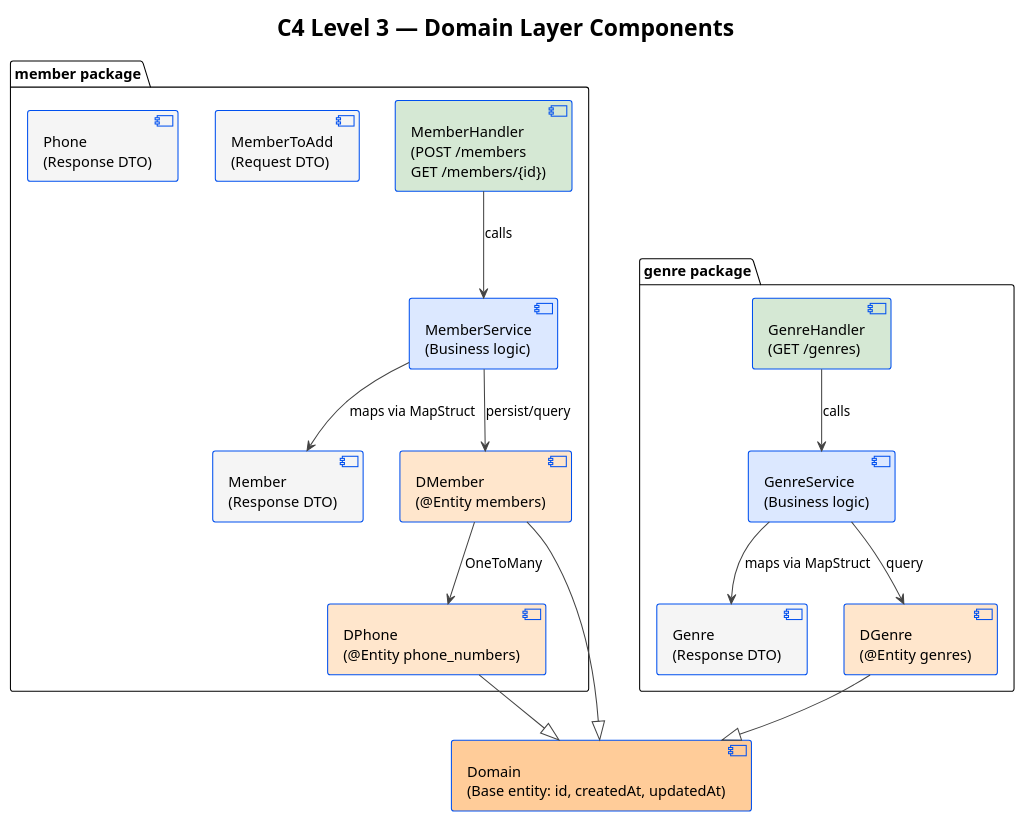
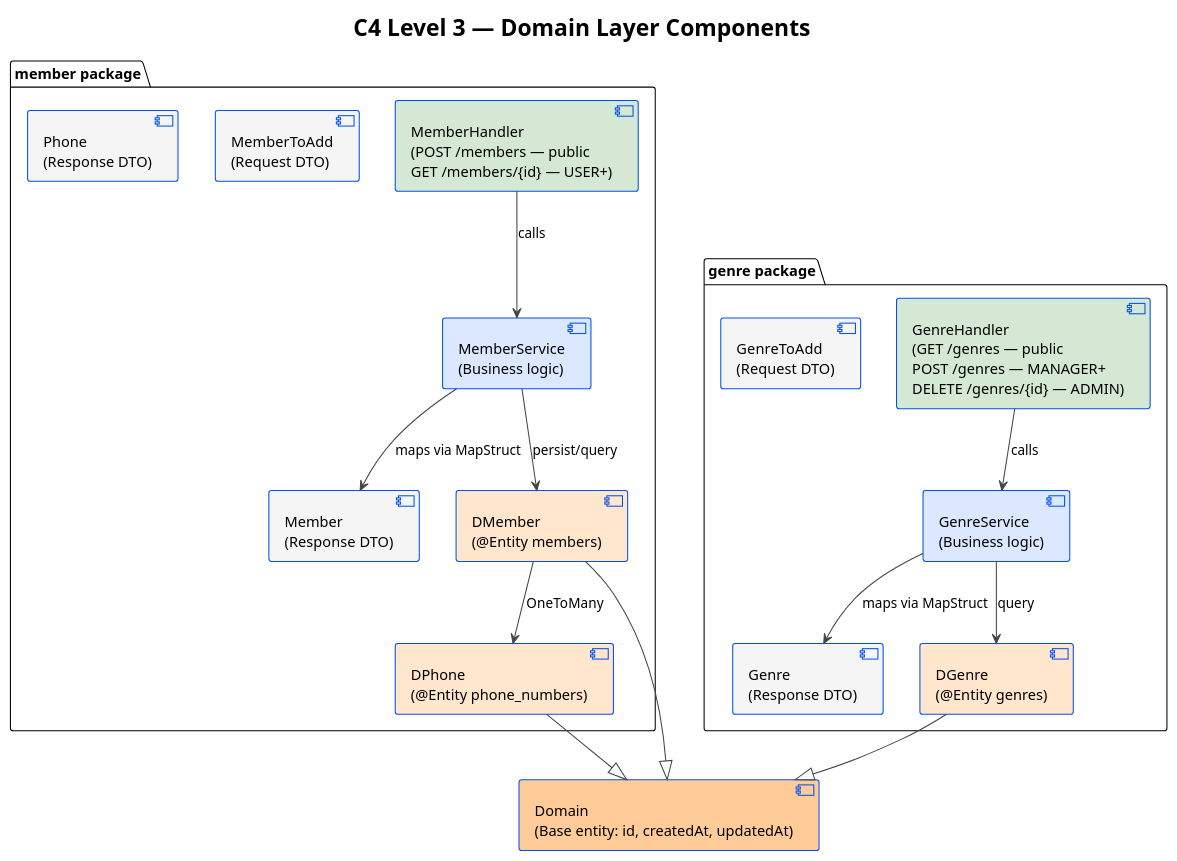
The fourth of 8 diagrams in ARCHITECTURE.md (batzorigt/rest-api-template), drawn with PlantUML before and after one commit. The commit also changed other lines of this file and 15 other files, not shown here.

````diff
--- a/ARCHITECTURE.md
+++ b/ARCHITECTURE.md
@@ -193,44 +198,45 @@
 ```plantuml
 @startuml C4_Component_Domain
 !theme plain
 skinparam component {
   BorderColor #0050ef
   BackgroundColor #dce8ff
 }
 skinparam ArrowColor #444444
 
 title C4 Level 3 — Domain Layer Components
 
 package "member package" {
-  component "MemberHandler\n(POST /members\nGET /members/{id})" as mh #d5e8d4
+  component "MemberHandler\n(POST /members — public\nGET /members/{id} — USER+)" as mh #d5e8d4
   component "MemberService\n(Business logic)" as ms #dce8ff
   component "MemberToAdd\n(Request DTO)" as mta #f5f5f5
   component "Member\n(Response DTO)" as mdto #f5f5f5
   component "Phone\n(Response DTO)" as pdto #f5f5f5
   component "DMember\n(@Entity members)" as dm #ffe6cc
   component "DPhone\n(@Entity phone_numbers)" as dp #ffe6cc
 }
 
 package "genre package" {
-  component "GenreHandler\n(GET /genres)" as gh #d5e8d4
+  component "GenreHandler\n(GET /genres — public\nPOST /genres — MANAGER+\nDELETE /genres/{id} — ADMIN)" as gh #d5e8d4
   component "GenreService\n(Business logic)" as gs #dce8ff
+  component "GenreToAdd\n(Request DTO)" as gta #f5f5f5
   component "Genre\n(Response DTO)" as gdto #f5f5f5
   component "DGenre\n(@Entity genres)" as dg #ffe6cc
 }
 
 component "Domain\n(Base entity: id, createdAt, updatedAt)" as domain #ffcc99
 
 mh --> ms : "calls"
 ms --> dm : "persist/query"
 ms --> mdto : "maps via MapStruct"
 dm --> dp : "OneToMany"
 dm --|> domain
 dp --|> domain
 
 gh --> gs : "calls"
 gs --> dg : "query"
 gs --> gdto : "maps via MapStruct"
 dg --|> domain
 
 @enduml
 ```
````
